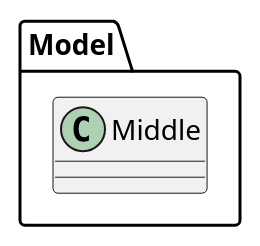
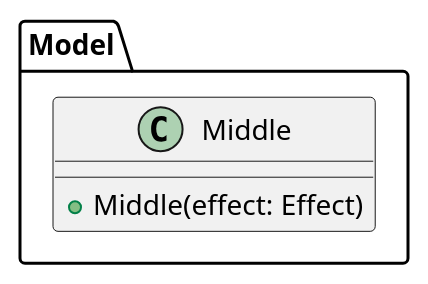
The diagram in diagrams/classes/gameboard/Middle.puml (PabloGCH/tp2-algo3), drawn with PlantUML before and after one commit. The commit also changed 12 other files, not shown here.

First line of the commit message:
Diagrams updated

```diff
--- a/diagrams/classes/gameboard/Middle.puml
+++ b/diagrams/classes/gameboard/Middle.puml
@@ -1,10 +1,10 @@
 @startuml
 'https://plantuml.com/class-diagram
 
 package Model {
     class Middle {
-
+        + Middle(effect: Effect)
     }
 }
 
 @enduml
```
